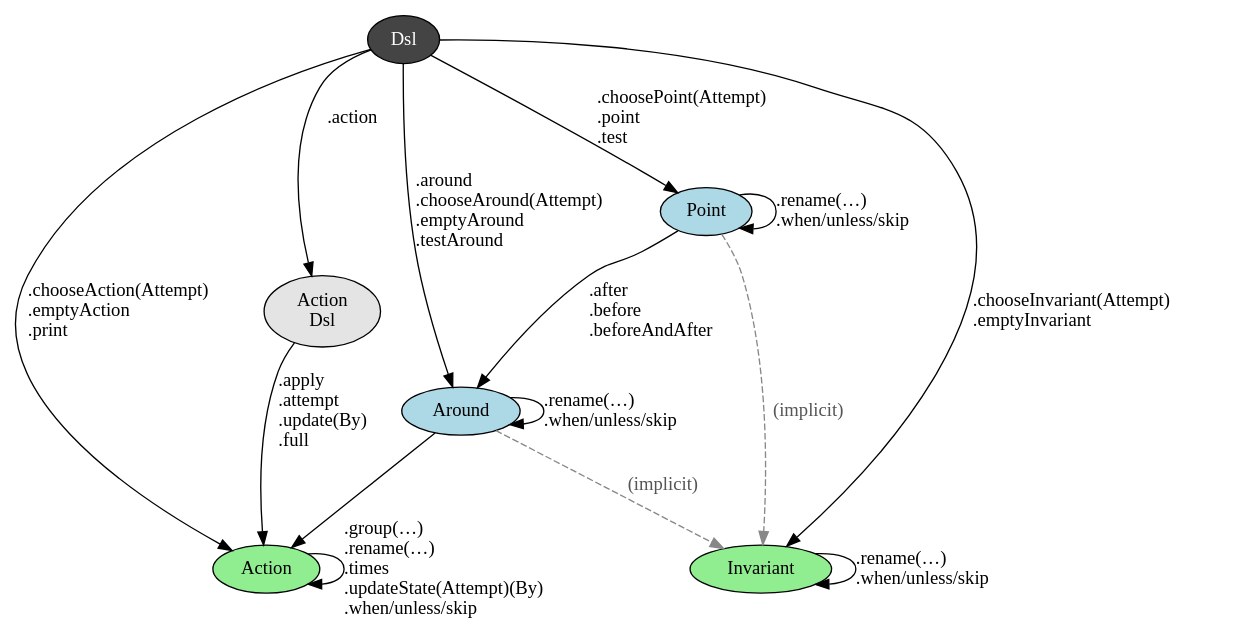
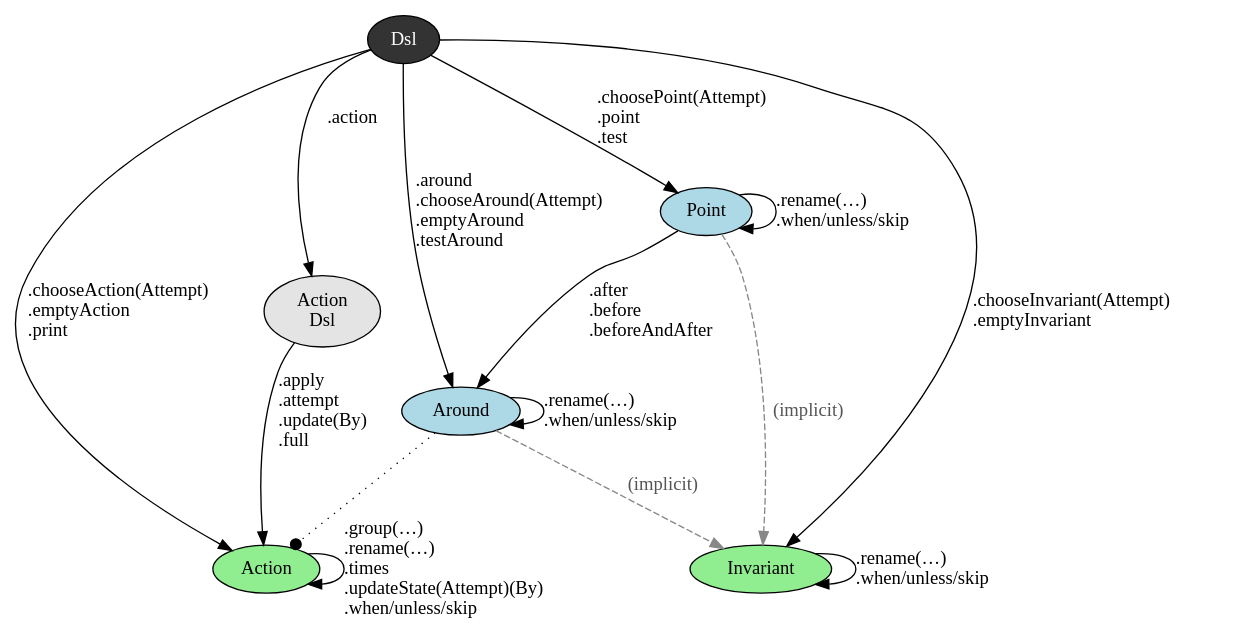
The diagram in doc/dsl-core.gv (japgolly/test-state), drawn with Graphviz before and after one commit. The commit also changed 4 other files, not shown here.

Commit message:
Tweak DSL doc and diagrams

```diff
--- a/doc/dsl-core.gv
+++ b/doc/dsl-core.gv
@@ -1,42 +1,42 @@
 digraph G {
 
 node[style=filled]
 
-root [fillcolor="#444444" fontcolor=white label="Dsl"]
+root [fillcolor="#333333" fontcolor=white label="Dsl"]
 
 {
 node[fillcolor="#e4e4e4"]
 action [label="Action\nDsl"]
 node[fillcolor=lightgreen]
 Action
 Invariant
 node[fillcolor=lightblue]
 Point
 Around
 }
 
 // root -> focus,transformer
 // root -> emptyPlan,emptyTest
 
 root -> Action [label=".chooseAction(Attempt)\l.emptyAction\l.print\l"]
 root -> Around [label=".around\l.chooseAround(Attempt)\l.emptyAround\l.testAround\l"]
 root -> Point  [label=".choosePoint(Attempt)\l.point\l.test\l"]
 root -> Invariant [label=".chooseInvariant(Attempt)\l.emptyInvariant\l"]
 
 root -> action [label=".action"]
 action -> Action [label=".apply\l.attempt\l.update(By)\l.full\l"]
 
 {edge[style=dashed color="#888888" fontcolor="#555555" label="(implicit)"]
 Point -> Invariant
 Around -> Invariant
 }
 
 Point -> Around [label=".after\l.before\l.beforeAndAfter\l"]
 
-Around -> Action // label how???
+Around -> Action [style=dotted arrowhead=dot]
 
 Action -> Action [label=".group(…)\l.rename(…)\l.times\l.updateState(Attempt)(By)\l.when/unless/skip\l"]
 Around -> Around [label=".rename(…)\l.when/unless/skip\l"]
 Point -> Point [label=".rename(…)\l.when/unless/skip\l"]
 Invariant -> Invariant [label=".rename(…)\l.when/unless/skip\l"]
 }
```
